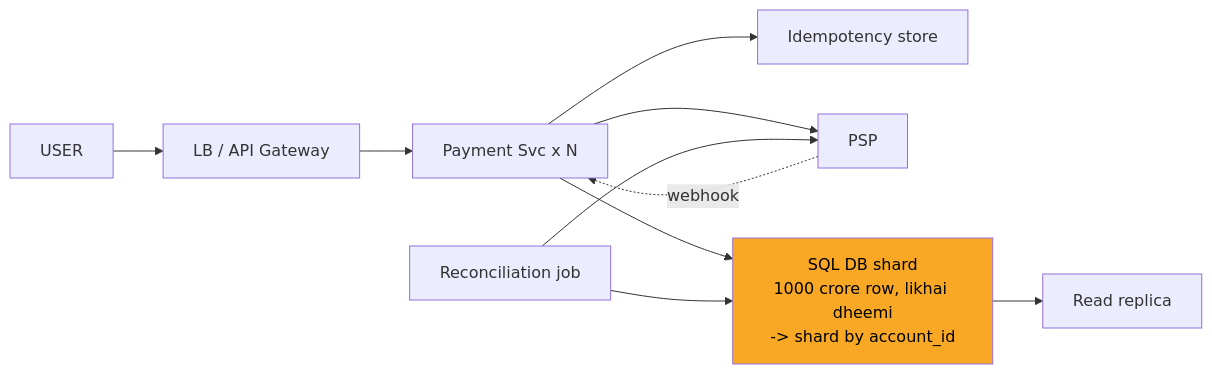
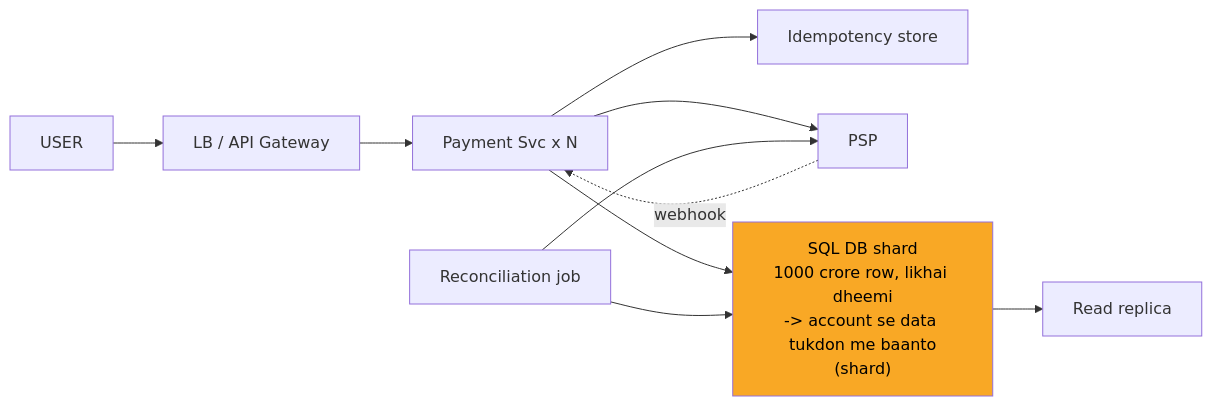
One commit to ArpanMaheshwari144/Prep changed diagram 11 of 12 in 04_HLD/SYSTEM_DESIGNS/06_payment_system/06_payment_system.md. Above: the diagram before and after it, drawn with Mermaid. The commit also changed other lines of this file and 13 other files, not shown here.

````diff
--- a/04_HLD/SYSTEM_DESIGNS/06_payment_system/06_payment_system.md
+++ b/04_HLD/SYSTEM_DESIGNS/06_payment_system/06_payment_system.md
@@ -412,21 +412,21 @@
 ```mermaid
 flowchart LR
     n_USER["USER"]
     n_LB_API_Gateway["LB / API Gateway"]
     n_Payment_Svc_xN["Payment Svc x N"]
     n_Idempotency_store["Idempotency store"]
     n_PSP["PSP"]
-    n_SQL_DB_shard_by_account_id["SQL DB shard<br/>1000 crore row, likhai dheemi<br/>-> shard by account_id"]
+    n_SQL_DB_shard_by_account_id["SQL DB shard<br/>1000 crore row, likhai dheemi<br/>-> account se data tukdon me baanto<br/>(shard)"]
     n_Read_replica["Read replica"]
     n_Reconciliation_job["Reconciliation job"]
     n_USER --> n_LB_API_Gateway
     n_LB_API_Gateway --> n_Payment_Svc_xN
     n_Payment_Svc_xN --> n_Idempotency_store
     n_Payment_Svc_xN --> n_PSP
     n_Payment_Svc_xN --> n_SQL_DB_shard_by_account_id
     n_SQL_DB_shard_by_account_id --> n_Read_replica
     n_Reconciliation_job --> n_SQL_DB_shard_by_account_id
     n_Reconciliation_job --> n_PSP
     n_PSP -.-> |webhook| n_Payment_Svc_xN
     style n_SQL_DB_shard_by_account_id fill:#f9a825,color:#000
 ```
````
